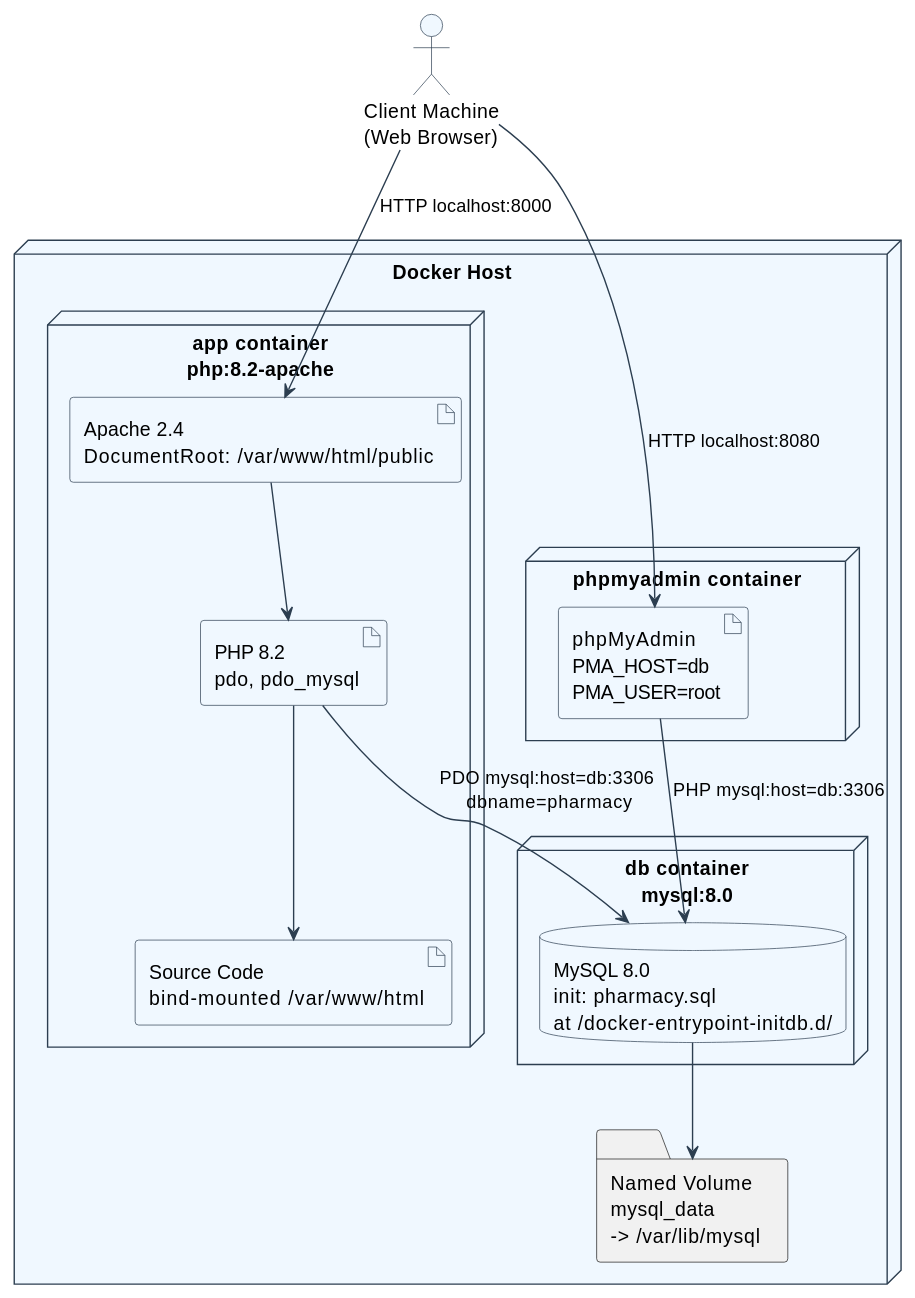
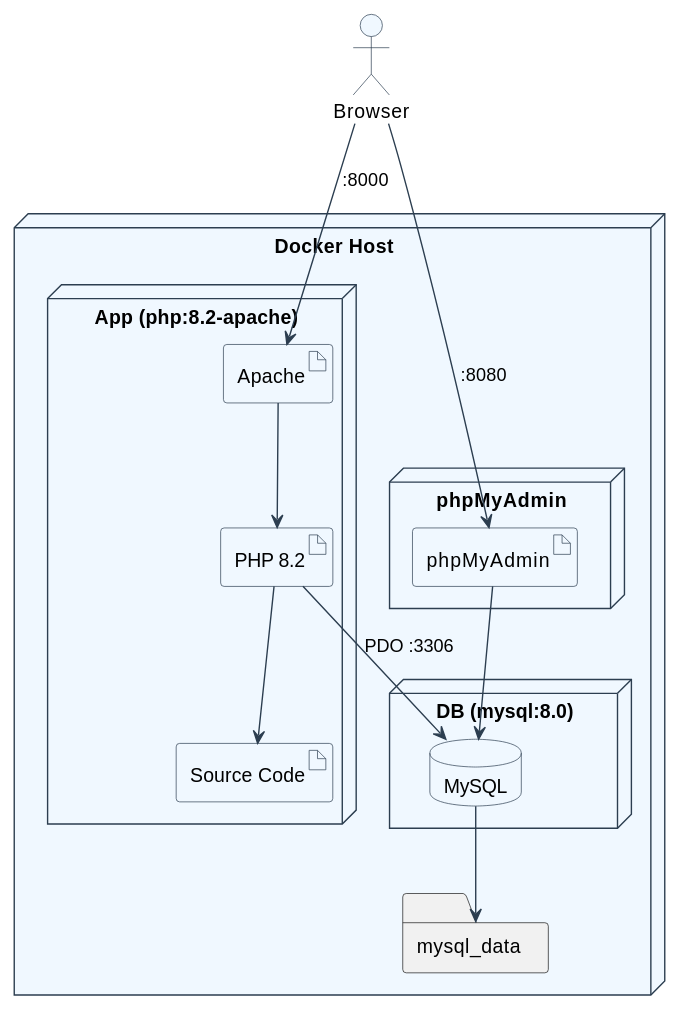
The ninth of 9 diagrams in docs/diagrams.md (RibeshMaharjan/MedVault), drawn with PlantUML before and after one commit. The commit also changed other lines of this file, not shown here.

Commit message:
refactor(state-diagram): remove verification block, shorten labels, trim duplicate features

````diff
--- a/docs/diagrams.md
+++ b/docs/diagrams.md
@@ -920,42 +817,42 @@
 ```plantuml
 @startuml
 skinparam actorBorderColor #2C3E50
 skinparam actorBackgroundColor #F0F8FF
 skinparam nodeBackgroundColor #F0F8FF
 skinparam nodeBorderColor #2C3E50
 skinparam databaseBackgroundColor #F0F8FF
 skinparam databaseBorderColor #2C3E50
 skinparam artifactBackgroundColor #F0F8FF
 skinparam artifactBorderColor #2C3E50
 skinparam ArrowColor #2C3E50
 
-actor "Client Machine\n(Web Browser)" as Client
+actor "Browser" as Client
 
 node "Docker Host" as DockerHost {
-    node "app container\nphp:8.2-apache" as AppContainer {
-        artifact "Apache 2.4\nDocumentRoot: /var/www/html/public" as Apache
-        artifact "PHP 8.2\npdo, pdo_mysql" as PHP
-        artifact "Source Code\nbind-mounted /var/www/html" as Code
+    node "App (php:8.2-apache)" as AppContainer {
+        artifact "Apache" as Apache
+        artifact "PHP 8.2" as PHP
+        artifact "Source Code" as Code
     }
 
-    node "db container\nmysql:8.0" as DBContainer {
-        database "MySQL 8.0\ninit: pharmacy.sql\nat /docker-entrypoint-initdb.d/" as MySQL
+    node "DB (mysql:8.0)" as DBContainer {
+        database "MySQL" as MySQL
     }
 
-    node "phpmyadmin container" as PMAContainer {
-        artifact "phpMyAdmin\nPMA_HOST=db\nPMA_USER=root" as PMA
+    node "phpMyAdmin" as PMAContainer {
+        artifact "phpMyAdmin" as PMA
     }
 
-    folder "Named Volume\nmysql_data\n-> /var/lib/mysql" as Volume
+    folder "mysql_data" as Volume
 }
 
-Client --> Apache : HTTP localhost:8000
-Client --> PMA : HTTP localhost:8080
+Client --> Apache : :8000
+Client --> PMA : :8080
 
 Apache --> PHP
 PHP --> Code
-PHP --> MySQL : PDO mysql:host=db:3306\n dbname=pharmacy
-PMA --> MySQL : PHP mysql:host=db:3306
+PHP --> MySQL : PDO :3306
+PMA --> MySQL
 MySQL --> Volume
 @enduml
 ```
````
